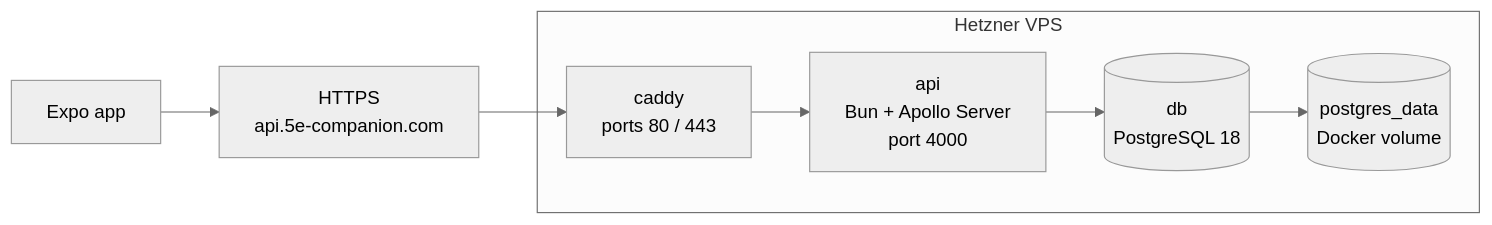
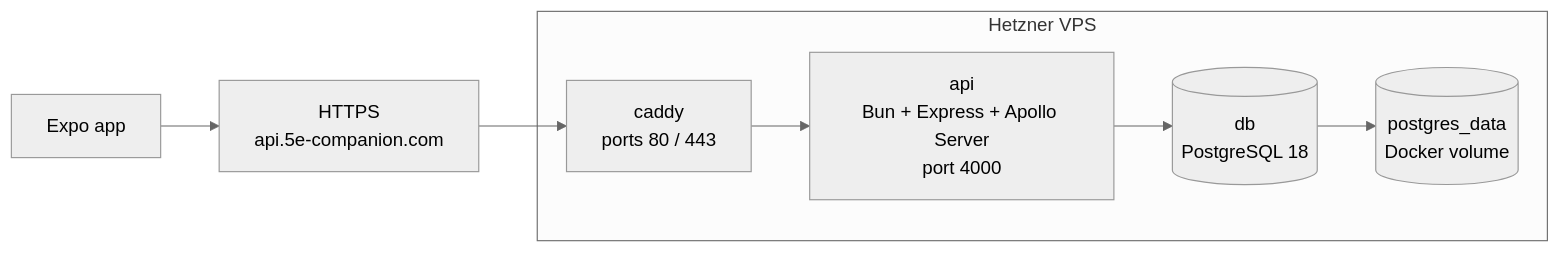
The diagram in docs/deployment.md (tedleahy/5e-companion), drawn with Mermaid (neutral theme) before and after one commit. The commit also changed other lines of this file and 3 other files, not shown here.

````diff
--- a/docs/deployment.md
+++ b/docs/deployment.md
@@ -7,17 +7,17 @@
 ```mermaid
 flowchart LR
     mobile["Expo app"]
     internet["HTTPS<br/>api.5e-companion.com"]
 
     subgraph vps["Hetzner VPS"]
         caddy["caddy<br/>ports 80 / 443"]
-        api["api<br/>Bun + Apollo Server<br/>port 4000"]
+        api["api<br/>Bun + Express + Apollo Server<br/>port 4000"]
         db[("db<br/>PostgreSQL 18")]
         volume[("postgres_data<br/>Docker volume")]
     end
 
     mobile --> internet --> caddy
     caddy --> api
     api --> db
     db --> volume
 ```
````
